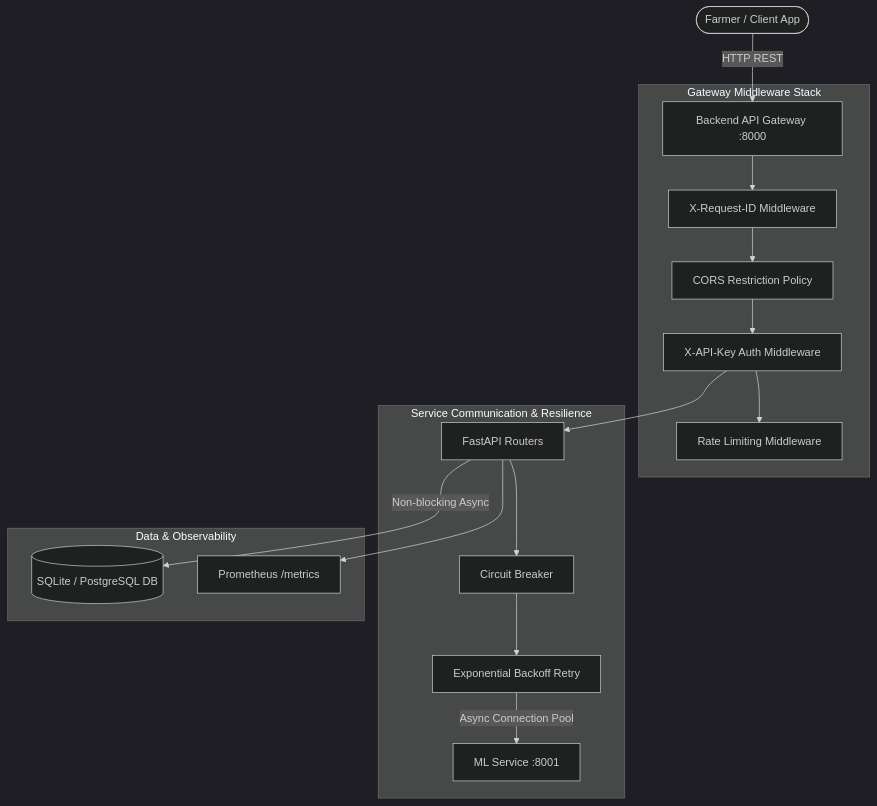
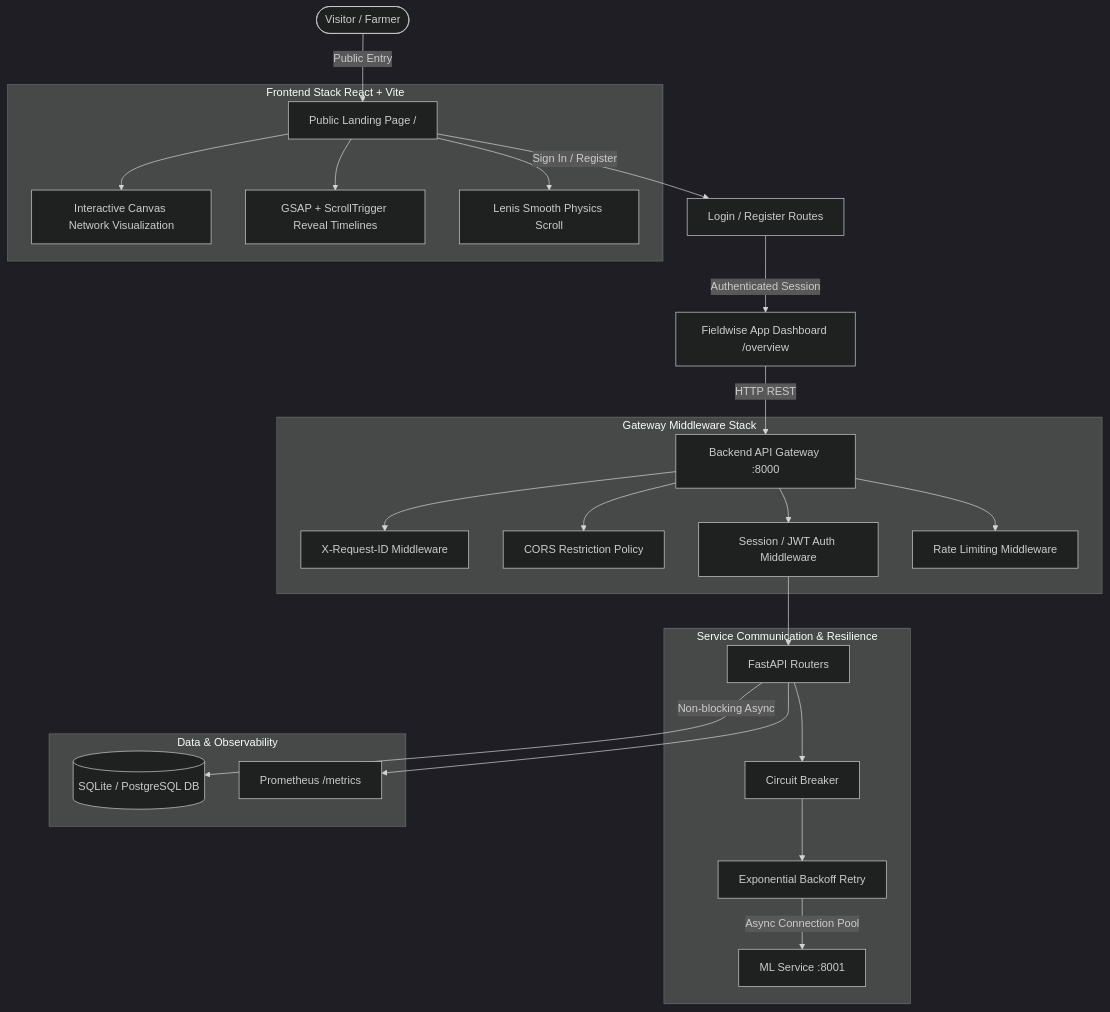
Before and after one commit to Sarthak-Pandey/Fertilizer_Recommandation: the diagram in README.md, drawn with Mermaid (dark theme). The commit also changed other lines of this file and 1 other file, not shown here.

Commit message:
docs: update root and frontend READMEs with public landing page and interactive canvas visualization specs

````diff
--- a/README.md
+++ b/README.md
@@ -16,23 +16,33 @@
 ```mermaid
 graph TD
-    User([Farmer / Client App]) -->|HTTP REST| Gateway[Backend API Gateway :8000]
+    User([Visitor / Farmer]) -->|Public Entry| Landing[Public Landing Page /]
+    Landing -->|Sign In / Register| AuthPages[Login / Register Routes]
+    AuthPages -->|Authenticated Session| Dashboard[Fieldwise App Dashboard /overview]
+    
+    subgraph Frontend Stack React + Vite
+        Landing --> Canvas[Interactive Canvas Network Visualization]
+        Landing --> GSAP[GSAP + ScrollTrigger Reveal Timelines]
+        Landing --> Lenis[Lenis Smooth Physics Scroll]
+    end
+
+    Dashboard -->|HTTP REST| Gateway[Backend API Gateway :8000]
     
     subgraph Gateway Middleware Stack
         Gateway --> ID[X-Request-ID Middleware]
-        ID --> CORS[CORS Restriction Policy]
-        CORS --> Auth[X-API-Key Auth Middleware]
-        Auth --> Rate[Rate Limiting Middleware]
+        Gateway --> CORS[CORS Restriction Policy]
+        Gateway --> Auth[Session / JWT Auth Middleware]
+        Gateway --> Rate[Rate Limiting Middleware]
     end
 
     subgraph Service Communication & Resilience
         Auth --> Router[FastAPI Routers]
         Router --> CB[Circuit Breaker]
         CB --> Retry[Exponential Backoff Retry]
         Retry -->|Async Connection Pool| ML[ML Service :8001]
     end
 
     subgraph Data & Observability
         Router -->|Non-blocking Async| DB[(SQLite / PostgreSQL DB)]
         Router --> Metrics[Prometheus /metrics]
     end
 ```
````
